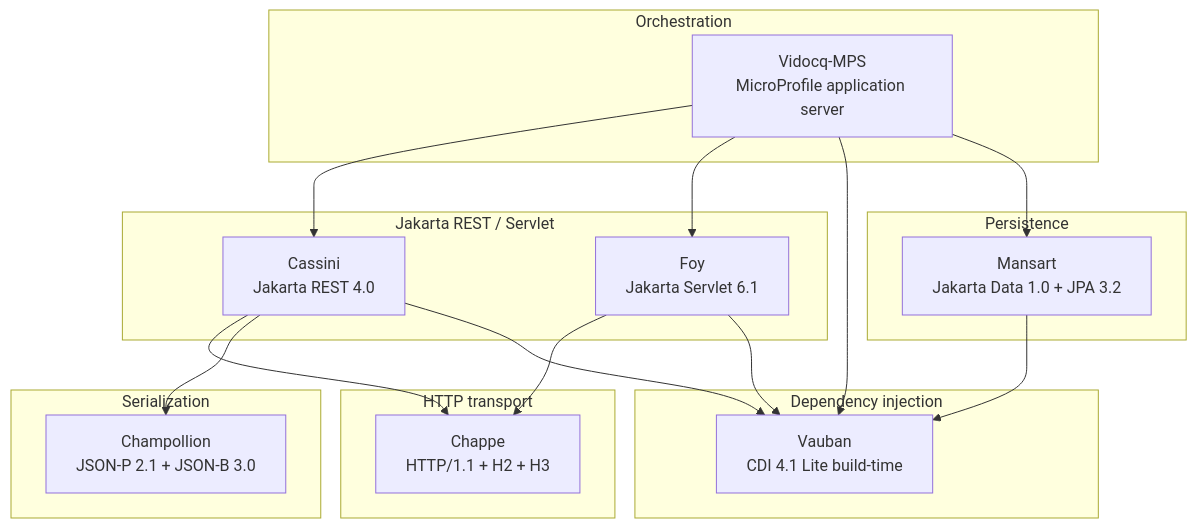
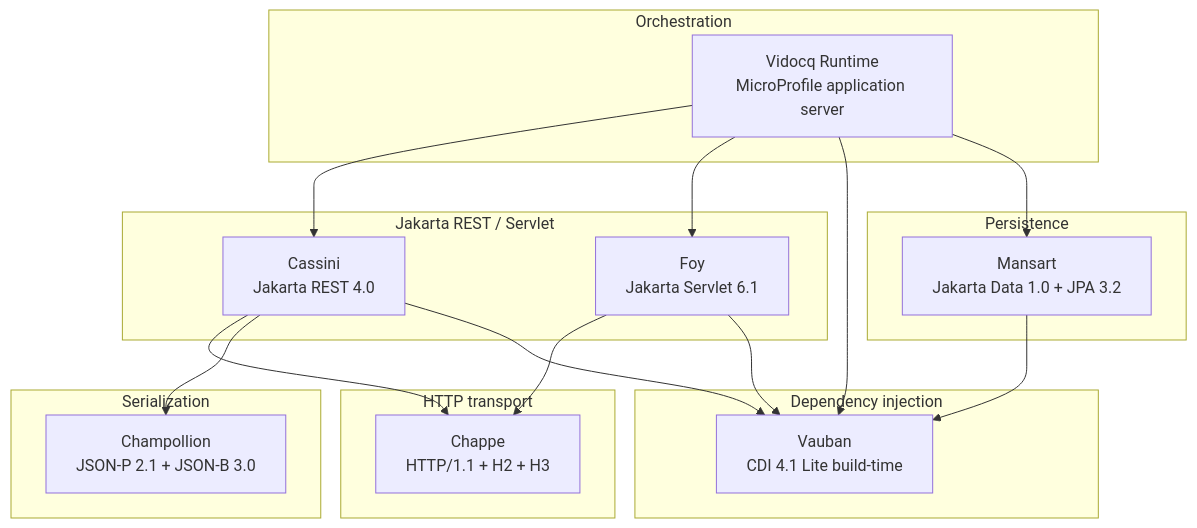
Before and after one commit to vidocq-stack/vidocq-docs: the diagram in content/home-en/modules/ROOT/pages/index.adoc, drawn with Mermaid. The commit also changed other lines of this file and 11 other files, not shown here.

Commit message:
docs: rename vidocq-mps → vidocq (Vidocq Runtime)

```diff
--- a/content/home-en/modules/ROOT/pages/index.adoc
+++ b/content/home-en/modules/ROOT/pages/index.adoc
@@ -12,34 +12,34 @@
 [mermaid]
 ....
 flowchart TB
     subgraph Orchestration["Orchestration"]
-        VIDOCQ[Vidocq-MPS<br/>MicroProfile application server]
+        VIDOCQ[Vidocq Runtime<br/>MicroProfile application server]
     end
     subgraph REST["Jakarta REST / Servlet"]
         CASSINI[Cassini<br/>Jakarta REST 4.0]
         FOY[Foy<br/>Jakarta Servlet 6.1]
     end
     subgraph Serialization["Serialization"]
         CHAMPOLLION[Champollion<br/>JSON-P 2.1 + JSON-B 3.0]
     end
     subgraph DI["Dependency injection"]
         VAUBAN[Vauban<br/>CDI 4.1 Lite build-time]
     end
     subgraph Persistence["Persistence"]
         MANSART[Mansart<br/>Jakarta Data 1.0 + JPA 3.2]
     end
     subgraph Transport["HTTP transport"]
         CHAPPE[Chappe<br/>HTTP/1.1 + H2 + H3]
     end
 
     VIDOCQ --> CASSINI
     VIDOCQ --> FOY
     VIDOCQ --> VAUBAN
     VIDOCQ --> MANSART
     CASSINI --> CHAPPE
     CASSINI --> CHAMPOLLION
     CASSINI --> VAUBAN
     FOY --> CHAPPE
     FOY --> VAUBAN
     MANSART --> VAUBAN
 ....
```
